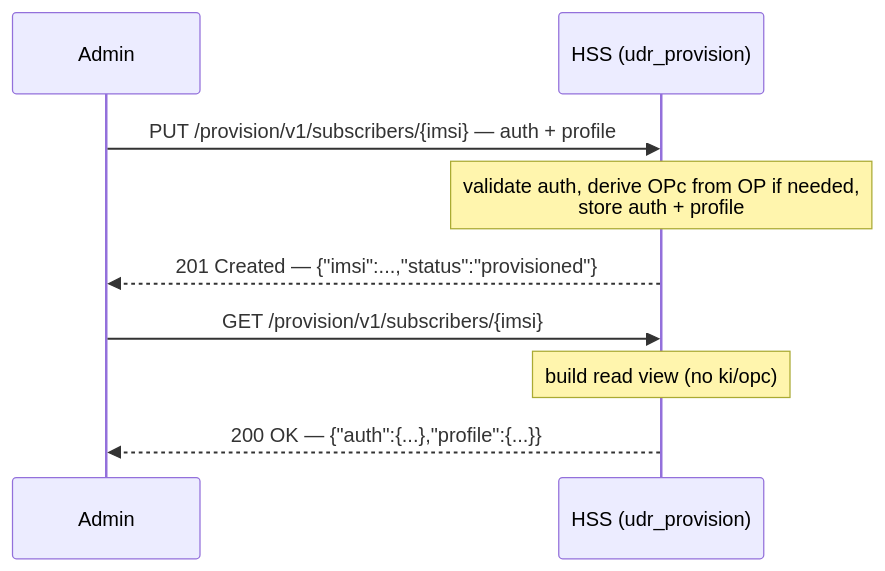
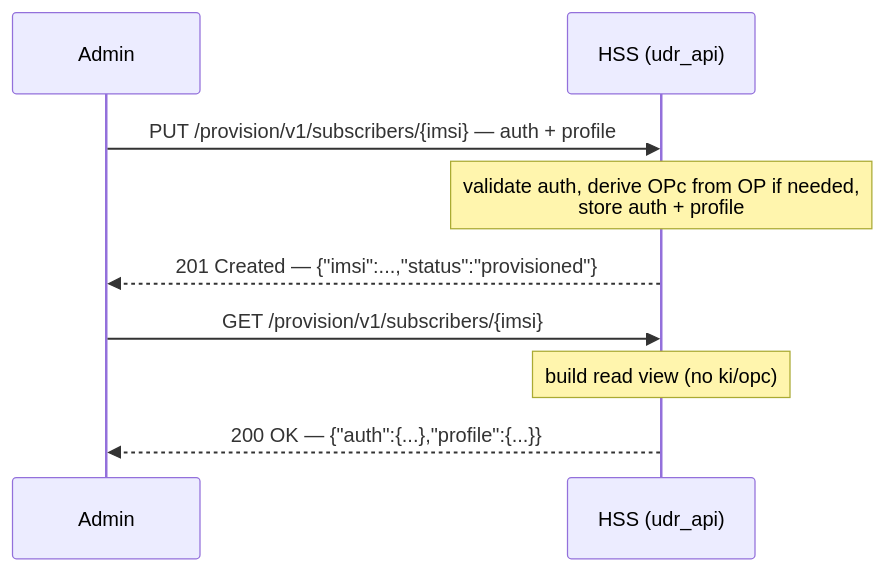
Before and after one commit to next-nf/udr: the diagram in docs/manual/interfaces/provisioning.md, drawn with Mermaid. The commit also changed other lines of this file and 26 other files, not shown here.

First line of the commit message:
refactor(api): rename udr_provision app to udr_api

````diff
--- a/docs/manual/interfaces/provisioning.md
+++ b/docs/manual/interfaces/provisioning.md
@@ -121,11 +121,11 @@
 ```mermaid
 sequenceDiagram
     participant Admin
-    participant HSS as HSS (udr_provision)
+    participant HSS as HSS (udr_api)
     Admin->>HSS: PUT /provision/v1/subscribers/{imsi} — auth + profile
     Note over HSS: validate auth, derive OPc from OP if needed,<br/>store auth + profile
     HSS-->>Admin: 201 Created — {"imsi":...,"status":"provisioned"}
     Admin->>HSS: GET /provision/v1/subscribers/{imsi}
     Note over HSS: build read view (no ki/opc)
     HSS-->>Admin: 200 OK — {"auth":{...},"profile":{...}}
 ```
````
